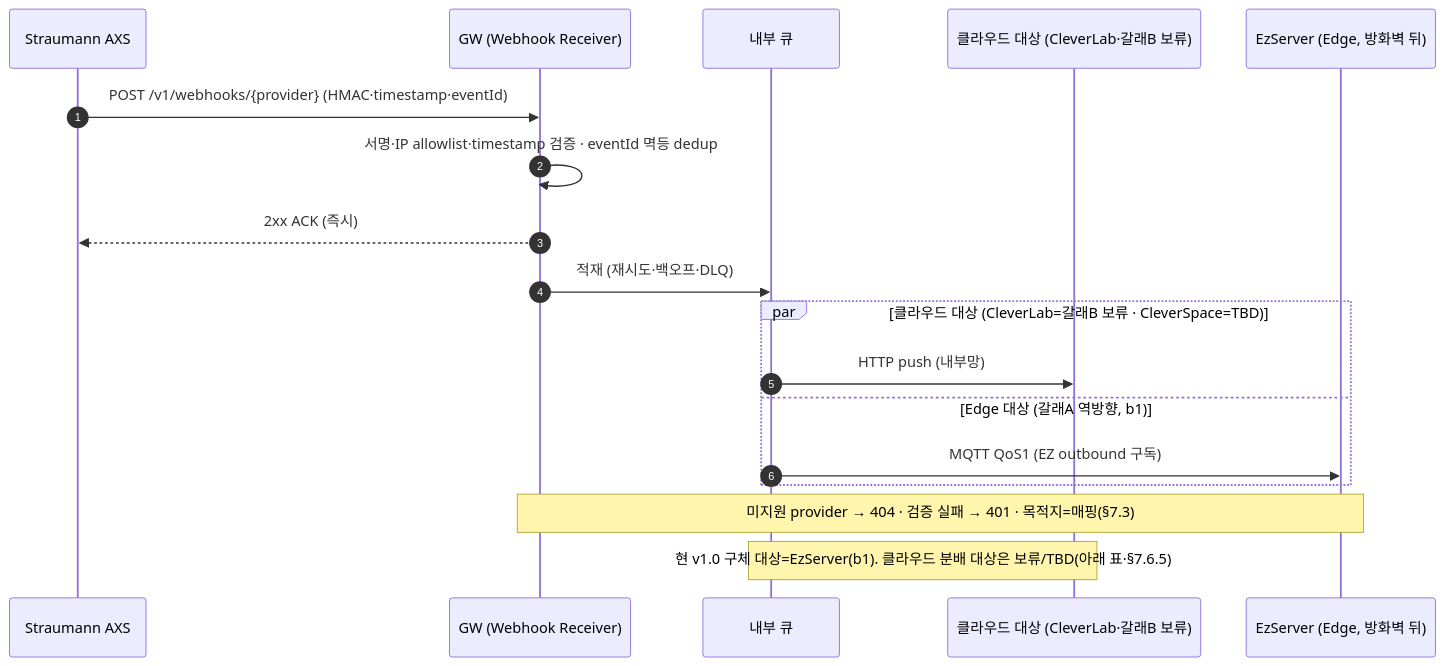
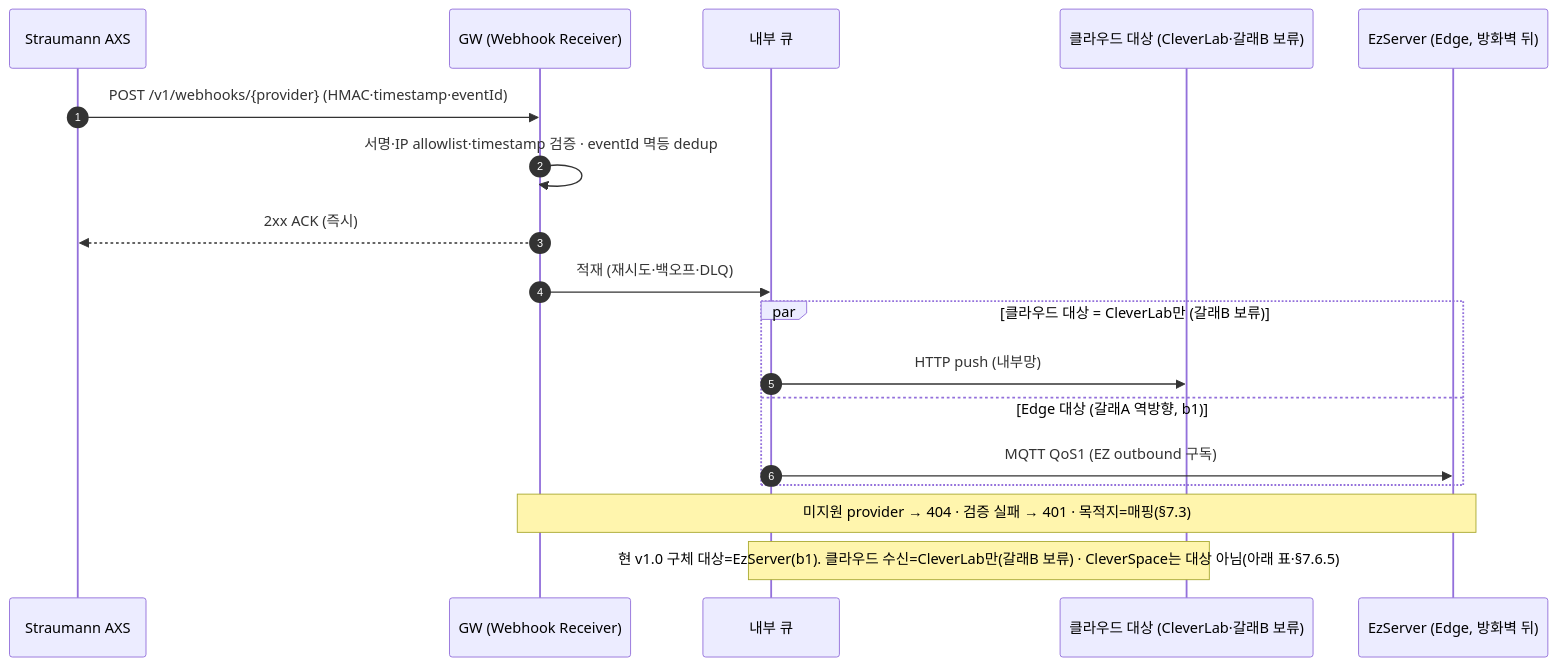
Before and after one commit to gracegyu/scp-architecture: the ninth of 10 diagrams in docs/VT_API_Gateway/08.VT_API_Gateway/specs/03-srs-gateway/SRS.md, drawn with Mermaid. The commit also changed other lines of this file and 1 other file, not shown here.

Commit message:
문서 업데이트: VT API Gateway의 SRS 문서에서 Webhook 수신 및 분배 방식에 대한 현 범위와 구체적인 대상 결정을 명확히 하여 시스템 설계의 일관성을 강화하였습니다. 클라우드 수신 대상은 CleverLab만으로 확정되었으며, CleverSpace는 webhook 수신 대상이 아님을 명시하였습니다. 또한, 각 대상별 시나리오와 분배 메커니즘에 대한 설명을 보강하여 외부 연동의 신뢰성을 높였습니다.

````diff
--- a/docs/VT_API_Gateway/08.VT_API_Gateway/specs/03-srs-gateway/SRS.md
+++ b/docs/VT_API_Gateway/08.VT_API_Gateway/specs/03-srs-gateway/SRS.md
@@ -472,20 +472,20 @@
 ```mermaid
 sequenceDiagram
     autonumber
     participant AXS as Straumann AXS
     participant WH as GW (Webhook Receiver)
     participant Q as 내부 큐
     participant CL as 클라우드 대상 (CleverLab·갈래B 보류)
     participant EZ as EzServer (Edge, 방화벽 뒤)
     AXS->>WH: POST /v1/webhooks/{provider} (HMAC·timestamp·eventId)
     WH->>WH: 서명·IP allowlist·timestamp 검증 · eventId 멱등 dedup
     WH-->>AXS: 2xx ACK (즉시)
     WH->>Q: 적재 (재시도·백오프·DLQ)
-    par 클라우드 대상 (CleverLab=갈래B 보류 · CleverSpace=TBD)
+    par 클라우드 대상 = CleverLab만 (갈래B 보류)
         Q->>CL: HTTP push (내부망)
     and Edge 대상 (갈래A 역방향, b1)
         Q->>EZ: MQTT QoS1 (EZ outbound 구독)
     end
     Note over WH,EZ: 미지원 provider → 404 · 검증 실패 → 401 · 목적지=매핑(§7.3)
-    Note over Q,CL: 현 v1.0 구체 대상=EzServer(b1). 클라우드 분배 대상은 보류/TBD(아래 표·§7.6.5)
+    Note over Q,CL: 현 v1.0 구체 대상=EzServer(b1). 클라우드 수신=CleverLab만(갈래B 보류) · CleverSpace는 대상 아님(아래 표·§7.6.5)
 ```
````
